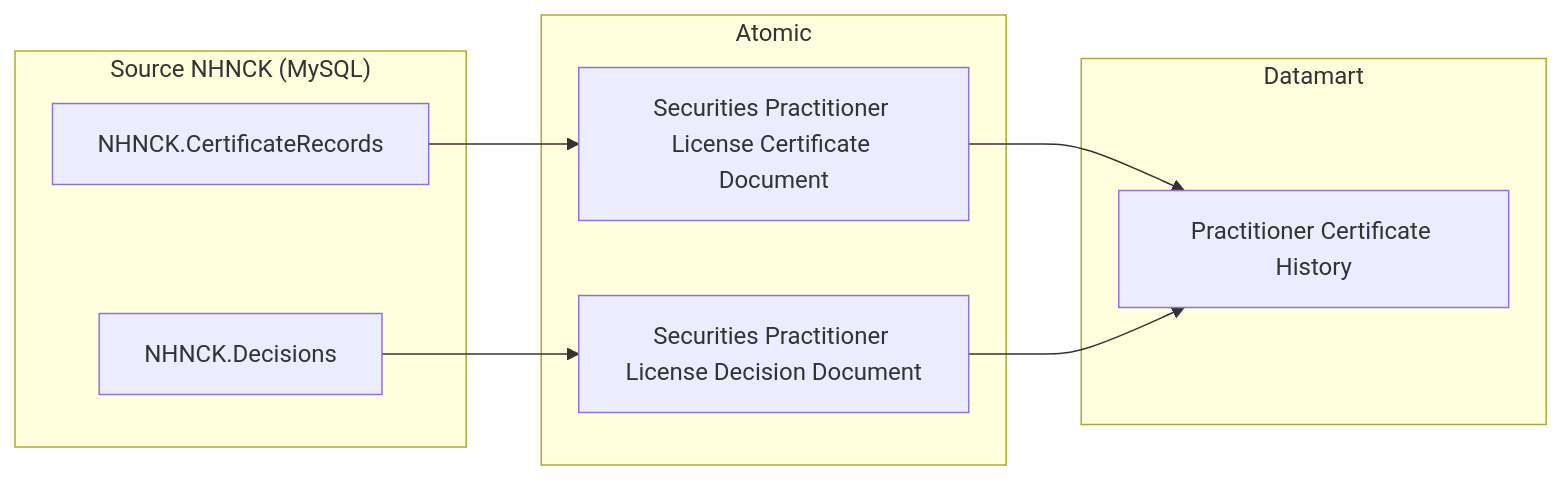
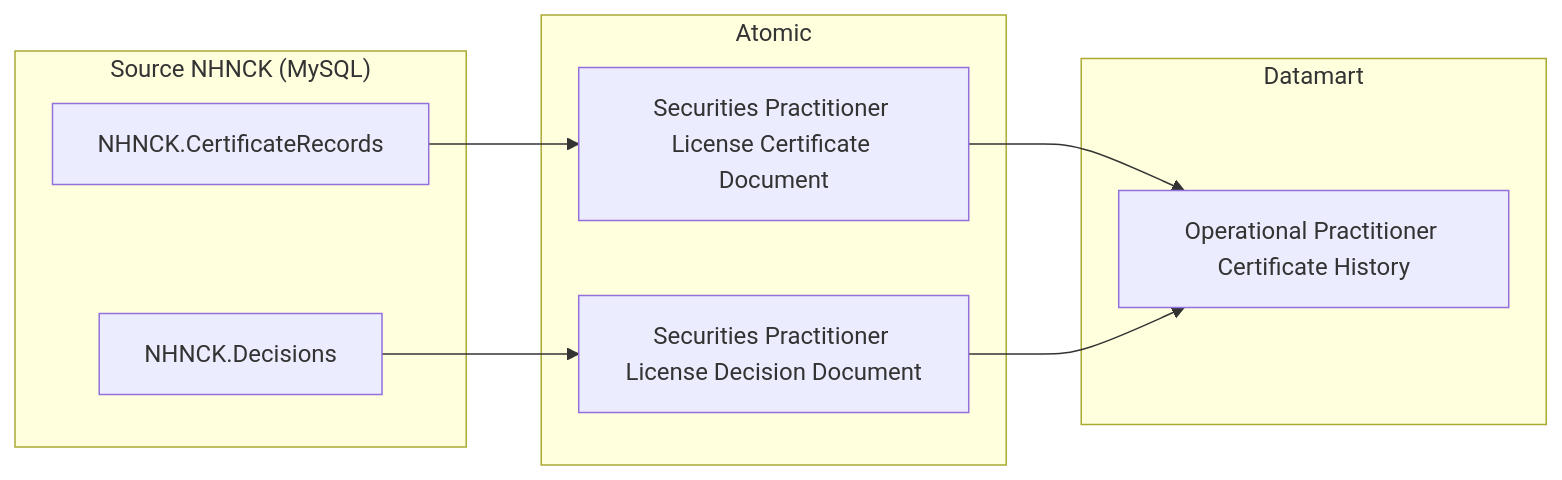
The sixth of 40 diagrams in Datamart/hld/DTM_NHNCK_HLD.md (linhlvit/ubck_atomic_design), drawn with Mermaid before and after one commit. The commit also changed other lines of this file and 52 other files, not shown here.

````diff
--- a/Datamart/hld/DTM_NHNCK_HLD.md
+++ b/Datamart/hld/DTM_NHNCK_HLD.md
@@ -188,22 +188,22 @@
 ```mermaid
 flowchart LR
     subgraph SRC["Source NHNCK (MySQL)"]
         S1["NHNCK.CertificateRecords"]
         S2["NHNCK.Decisions"]
     end
 
     subgraph SIL["Atomic"]
         SV1["Securities Practitioner License Certificate Document"]
         SV2["Securities Practitioner License Decision Document"]
     end
 
     subgraph Datamart["Datamart"]
-        G1["Practitioner Certificate History"]
+        G1["Operational Practitioner Certificate History"]
     end
 
     S1 --> SV1
     S2 --> SV2
 
     SV1 --> G1
     SV2 --> G1
 ```
````
